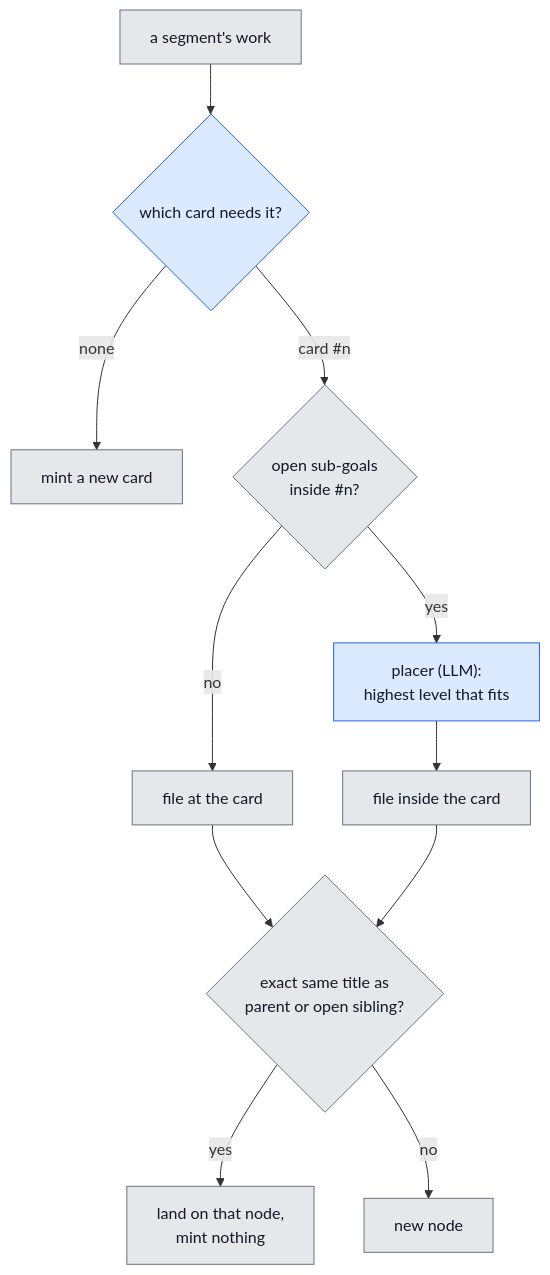
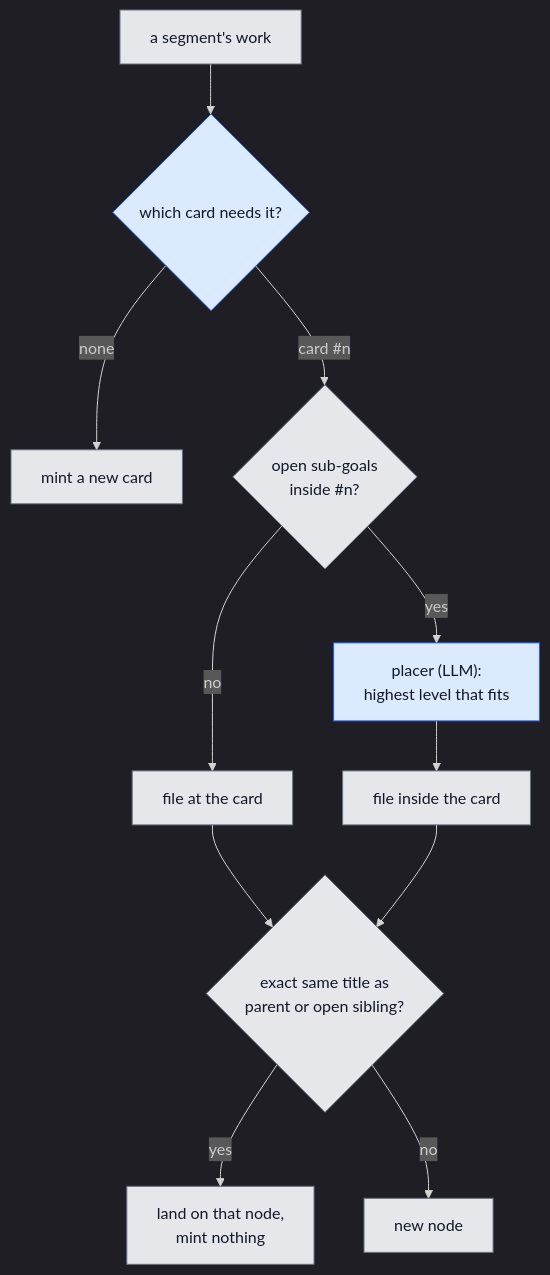
Before and after one commit to Chris-mian/romp: the third of 5 diagrams in docs/judge-pipeline.md, drawn with Mermaid. The commit also changed other lines of this file and 7 other files, not shown here.

````diff
--- a/docs/judge-pipeline.md
+++ b/docs/judge-pipeline.md
@@ -157,15 +159,16 @@
 ```mermaid
+%%{init: {'theme':'dark'}}%%
 flowchart TD
     M["a segment's work"]:::det --> Q{"which card needs it?"}:::llm
     Q -->|none| MINT["mint a new card"]:::det
     Q -->|"card #n"| K{"open sub-goals<br/>inside #n?"}:::det
     K -->|no| CARD["file at the card"]:::det
     K -->|yes| P["placer (LLM):<br/>highest level that fits"]:::llm
     P --> CARD2["file inside the card"]:::det
     CARD --> G{"exact same title as<br/>parent or open sibling?"}:::det
     CARD2 --> G
     G -->|yes| REUSE["land on that node,<br/>mint nothing"]:::det
     G -->|no| NEW["new node"]:::det
     classDef llm fill:#dbeafe,stroke:#2563eb,color:#111827
     classDef det fill:#e5e7eb,stroke:#6b7280,color:#111827
 ```
````
